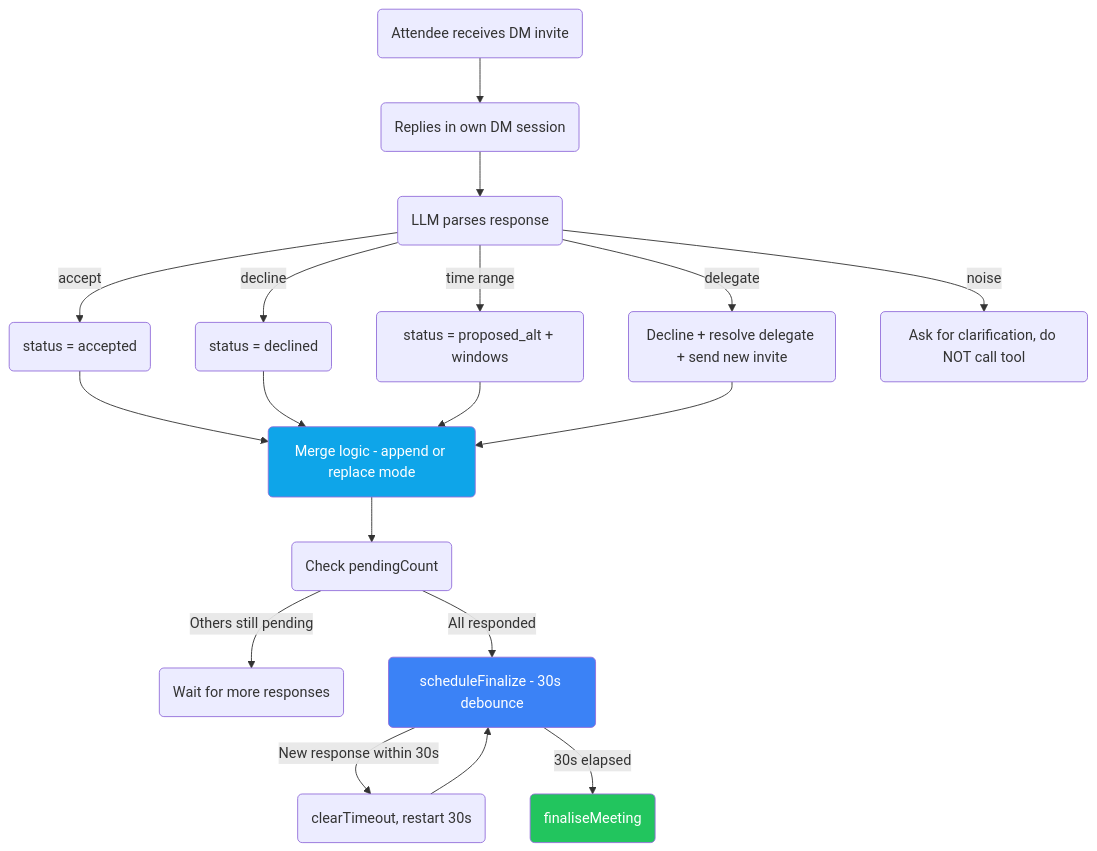
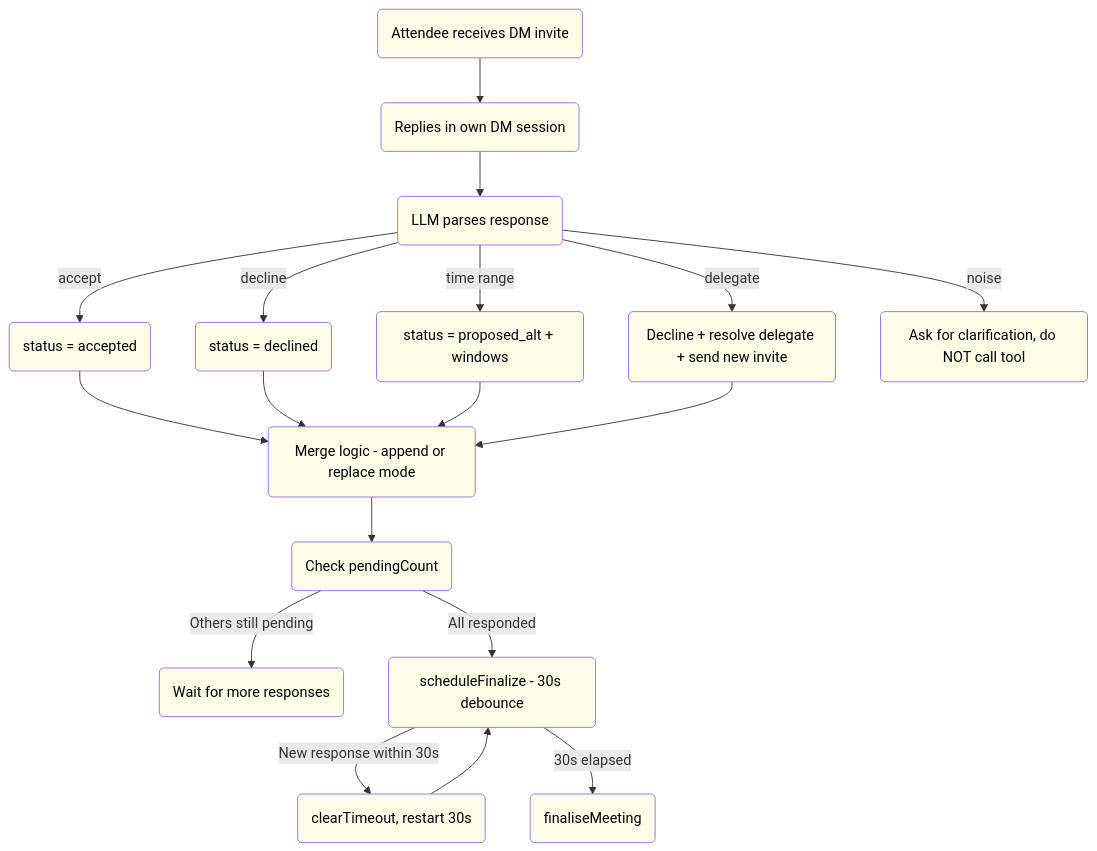
Before and after one commit to javana3/claw_meeting_all: the fourth of 13 diagrams in README.md, drawn with Mermaid. The commit also changed other lines of this file, not shown here.

Commit message:
Replace all mermaid diagram colors with light yellow (#fffde7)

````diff
--- a/README.md
+++ b/README.md
@@ -110,26 +131,37 @@
 ```mermaid
 graph TD
     A(Attendee receives DM invite) --> B(Replies in own DM session)
     B --> C(LLM parses response)
     C -->|accept| D(status = accepted)
     C -->|decline| E(status = declined)
     C -->|time range| F(status = proposed_alt + windows)
     C -->|delegate| G(Decline + resolve delegate + send new invite)
     C -->|noise| H(Ask for clarification, do NOT call tool)
 
     D --> MERGE(Merge logic - append or replace mode)
     E --> MERGE
     F --> MERGE
     G --> MERGE
 
     MERGE --> CHECK(Check pendingCount)
     CHECK -->|Others still pending| WAIT(Wait for more responses)
     CHECK -->|All responded| DEBOUNCE(scheduleFinalize - 30s debounce)
     DEBOUNCE -->|New response within 30s| RESET(clearTimeout, restart 30s)
     RESET --> DEBOUNCE
     DEBOUNCE -->|30s elapsed| FINAL(finaliseMeeting)
 
-    style MERGE fill:#0ea5e9,color:#fff
-    style DEBOUNCE fill:#3b82f6,color:#fff
-    style FINAL fill:#22c55e,color:#fff
+    style MERGE fill:#fffde7,color:#000
+    style DEBOUNCE fill:#fffde7,color:#000
+    style FINAL fill:#fffde7,color:#000
+    style A fill:#fffde7,color:#000
+    style B fill:#fffde7,color:#000
+    style C fill:#fffde7,color:#000
+    style D fill:#fffde7,color:#000
+    style E fill:#fffde7,color:#000
+    style F fill:#fffde7,color:#000
+    style G fill:#fffde7,color:#000
+    style H fill:#fffde7,color:#000
+    style CHECK fill:#fffde7,color:#000
+    style WAIT fill:#fffde7,color:#000
+    style RESET fill:#fffde7,color:#000
 ```
````
